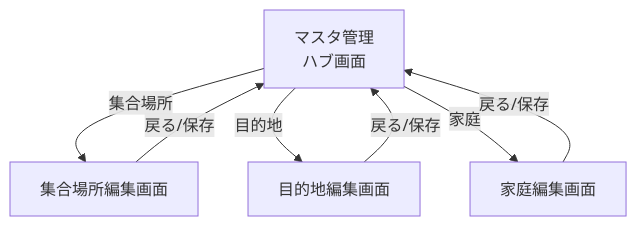
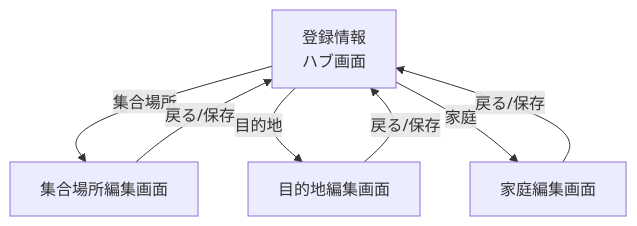
The second of 2 diagrams in docs/04_画面設計.md (tetteleee/carpoolbridge), drawn with Mermaid before and after one commit. The commit also changed other lines of this file and 26 other files, not shown here.

First line of the commit message:
UIの「マスタ管理」表記を「登録情報」に変更

````diff
--- a/docs/04_画面設計.md
+++ b/docs/04_画面設計.md
@@ -866,16 +866,16 @@
 ```mermaid
 flowchart TD
-F[マスタ管理<br>ハブ画面]
+F[登録情報<br>ハブ画面]
 F1[集合場所編集画面]
 F2[目的地編集画面]
 F3[家庭編集画面]
 
 F -->|集合場所| F1
 F1 -->|戻る/保存| F
 
 F -->|目的地| F2
 F2 -->|戻る/保存| F
 
 F -->|家庭| F3
 F3 -->|戻る/保存| F
 ```
````
